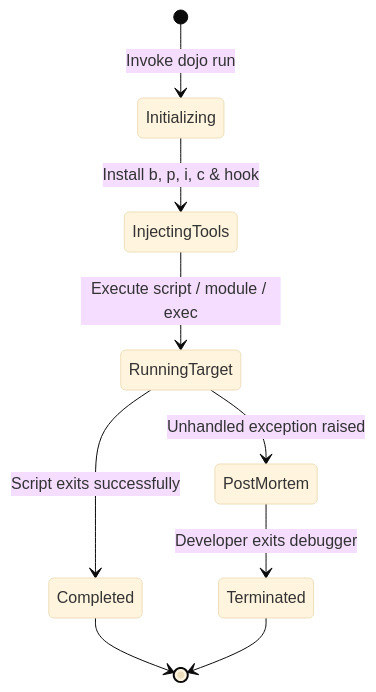
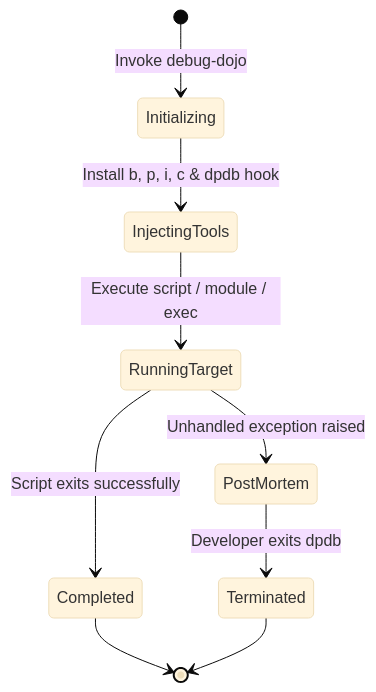
Before and after one commit to bwrob/debug-dojo: the third of 3 diagrams in docs/getting-started.md, drawn with Mermaid (base theme). The commit also changed other lines of this file and 30 other files, not shown here.

First line of the commit message:
feat: pivot to standalone dpdb debugger and opinionated runner (#147)

````diff
--- a/docs/getting-started.md
+++ b/docs/getting-started.md
@@ -186,11 +186,11 @@
 ```mermaid
 stateDiagram-v2
-    [*] --> Initializing: Invoke dojo run
-    Initializing --> InjectingTools: Install b, p, i, c & hook
+    [*] --> Initializing: Invoke debug-dojo
+    Initializing --> InjectingTools: Install b, p, i, c & dpdb hook
     InjectingTools --> RunningTarget: Execute script / module / exec
     RunningTarget --> Completed: Script exits successfully
     RunningTarget --> PostMortem: Unhandled exception raised
-    PostMortem --> Terminated: Developer exits debugger
+    PostMortem --> Terminated: Developer exits dpdb
     Completed --> [*]
     Terminated --> [*]
 ```
````
